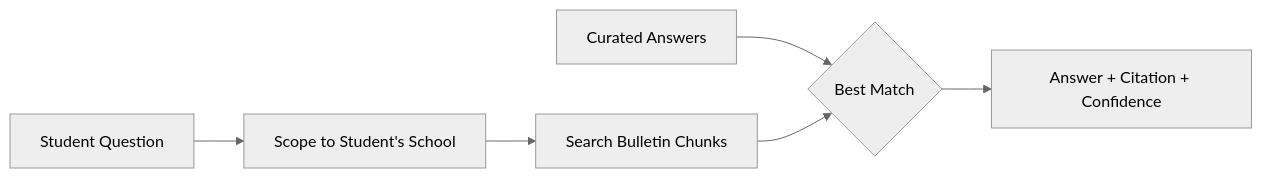
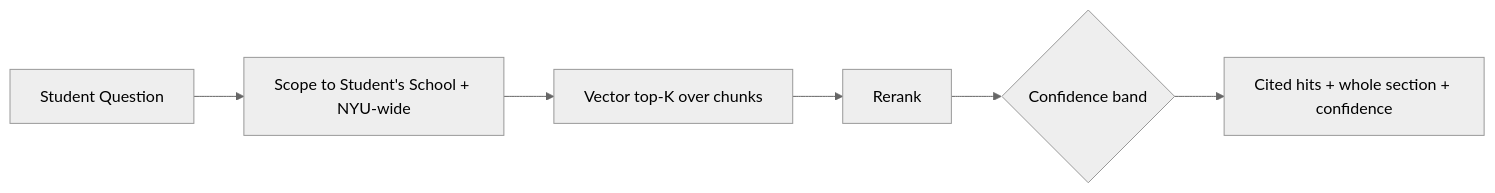
The first of 2 diagrams in Docs/current-system/engine/rag.md (EdoardoMongardi/NYU_Path), drawn with Mermaid (neutral theme) before and after one commit. The commit also changed other lines of this file and 73 other files, not shown here.

````diff
--- a/Docs/current-system/engine/rag.md
+++ b/Docs/current-system/engine/rag.md
@@ -7,8 +9,8 @@
 ```mermaid
 flowchart LR
-    Question[Student Question] --> Scope[Scope to Student's School]
-    Scope --> Search[Search Bulletin Chunks]
-    Templates[Curated Answers] --> Combine{Best Match}
-    Search --> Combine
-    Combine --> Result[Answer + Citation + Confidence]
+    Question[Student Question] --> Scope[Scope to Student's School + NYU-wide]
+    Scope --> Vector[Vector top-K over chunks]
+    Vector --> Rerank[Rerank]
+    Rerank --> Band{Confidence band}
+    Band --> Result[Cited hits + whole section + confidence]
 ```
````
